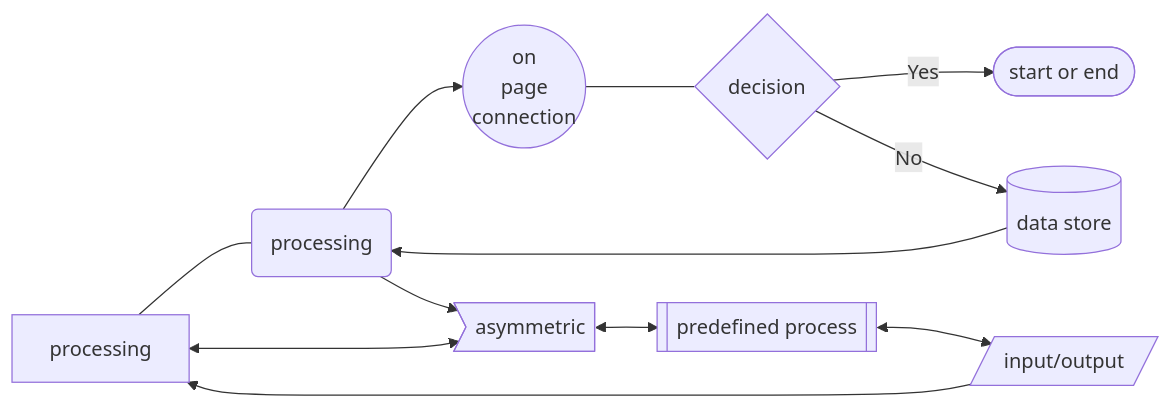
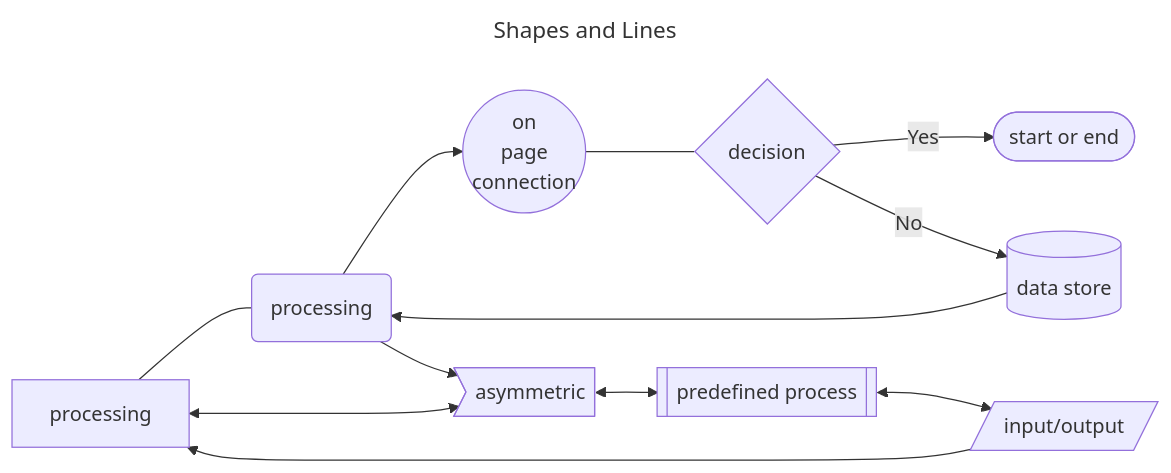
The second of 2 diagrams in mermaid.md (davidbascin/csharp), drawn with Mermaid before and after one commit. The commit also changed other lines of this file and 96 other files, not shown here.

````diff
--- a/mermaid.md
+++ b/mermaid.md
@@ -27,12 +26,15 @@
 ```mermaid
+---
+title: Shapes and Lines
+---
 flowchart LR
     rect[processing] --- roundrect(processing);
     roundrect --> circle((on<br>page<br>connection));
     circle --- diamond{decision} -- Yes --> oval([start or end]);
     diamond -- No --> cylinder[(data store)] --> roundrect;
     roundrect --> A>asymmetric];
     A <--> rectrect[[predefined process]];
     rectrect <--> parallelogram[/input/output/];
     parallelogram ---> rect;
     A <--> rect;
 ```
````
